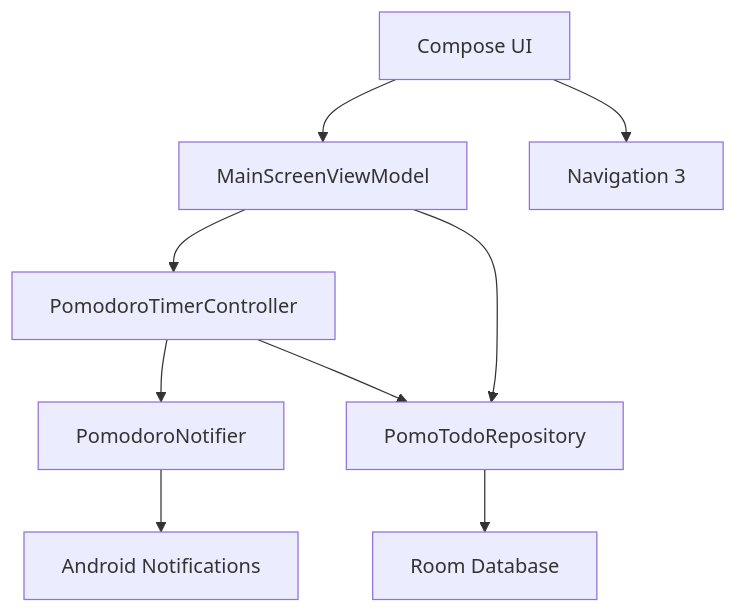
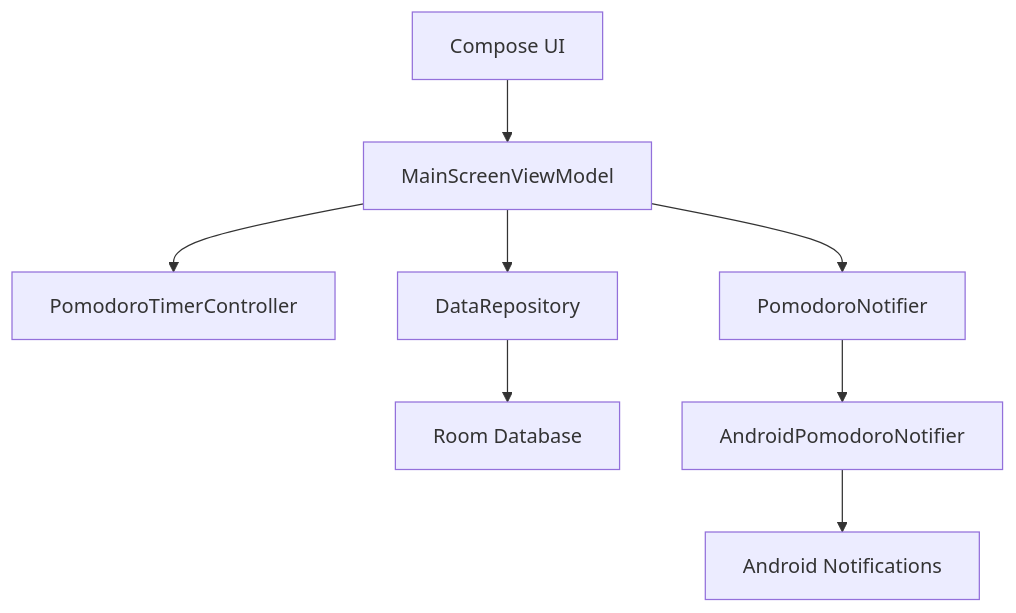
One commit to kjw2/PomoTodo changed the first of 2 diagrams in README.md. Above: the diagram before and after it, drawn with Mermaid. The commit also changed other lines of this file and 2 other files, not shown here.

````diff
--- a/README.md
+++ b/README.md
@@ -156,11 +156,19 @@
 ```mermaid
 flowchart TD
-    UI["Compose UI"] --> VM["MainScreenViewModel"]
-    UI --> NAV["Navigation 3"]
-    VM --> TIMER["PomodoroTimerController"]
-    VM --> REPO["PomoTodoRepository"]
-    TIMER --> NOTIFIER["PomodoroNotifier"]
-    TIMER --> REPO
-    REPO --> ROOM["Room Database"]
-    NOTIFIER --> ANDROID["Android Notifications"]
+    UI["Compose UI"]
+    VM["MainScreenViewModel"]
+    Timer["PomodoroTimerController"]
+    Repo["DataRepository"]
+    DB["Room Database"]
+    Notifier["PomodoroNotifier"]
+    AndroidNotifier["AndroidPomodoroNotifier"]
+    SystemNotification["Android Notifications"]
+
+    UI --> VM
+    VM --> Timer
+    VM --> Repo
+    Repo --> DB
+    VM --> Notifier
+    Notifier --> AndroidNotifier
+    AndroidNotifier --> SystemNotification
 ```
````
